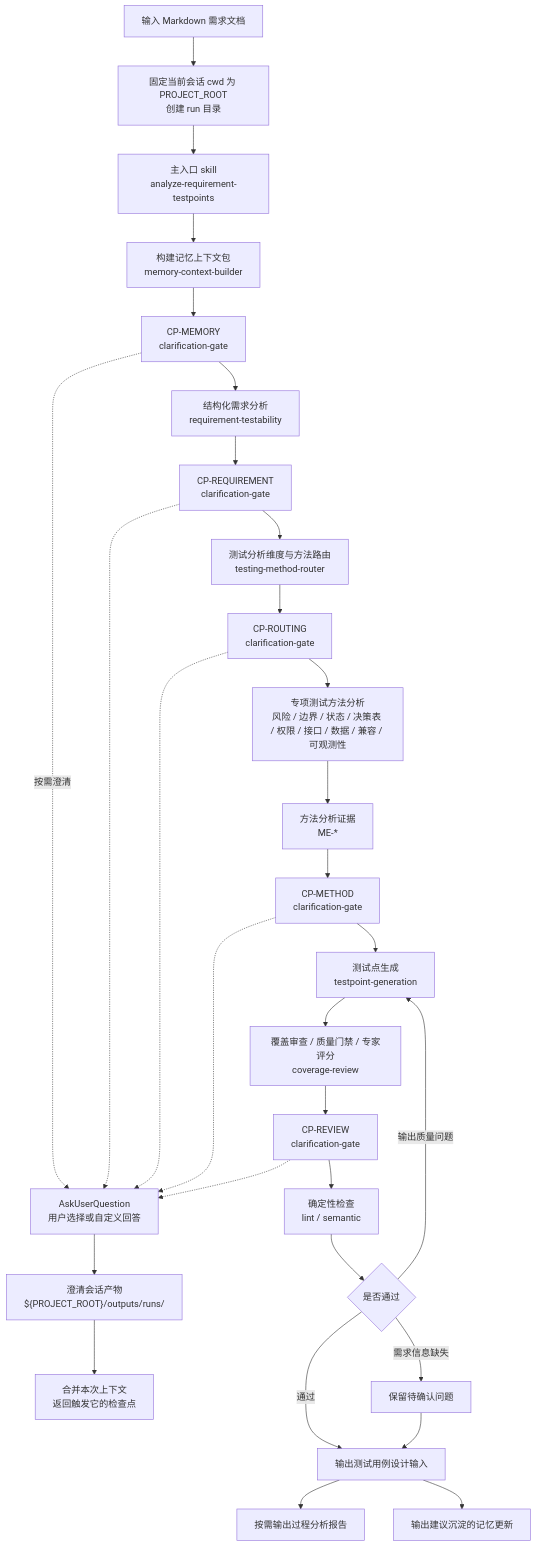
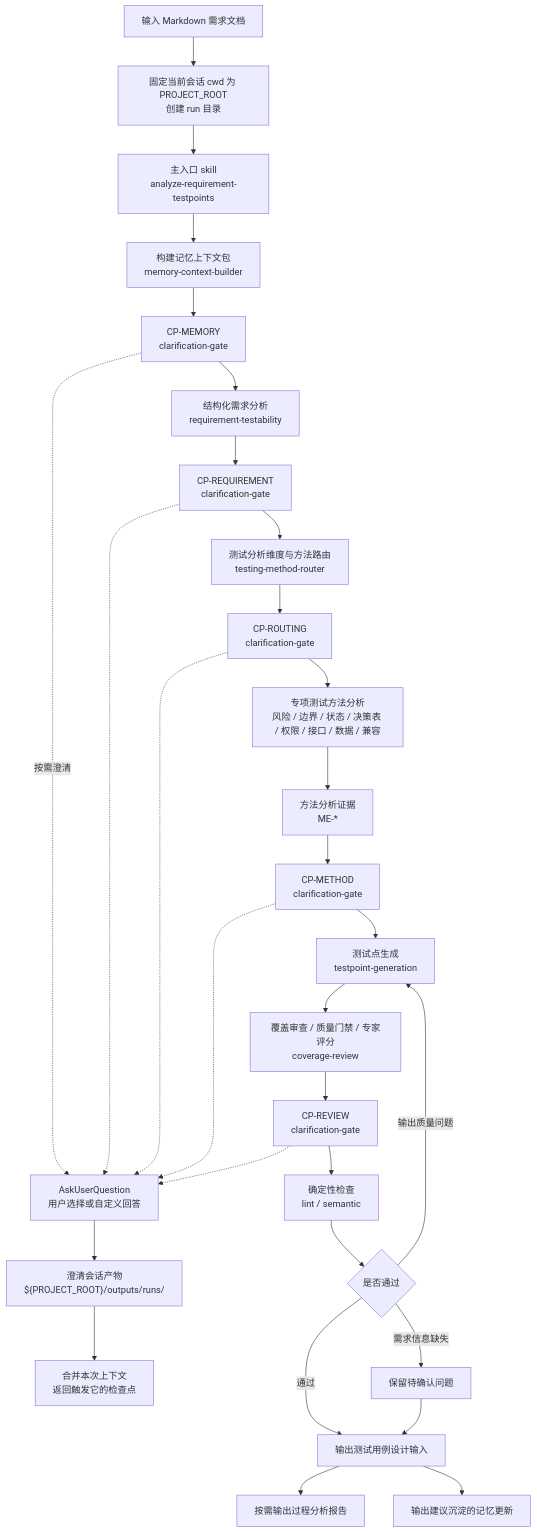
The third of 8 diagrams in docs/test-analysis-agent-design.md (szluoqy-byte/Test-Analysis-Agent), drawn with Mermaid before and after one commit. The commit also changed other lines of this file and 41 other files, not shown here.

````diff
--- a/docs/test-analysis-agent-design.md
+++ b/docs/test-analysis-agent-design.md
@@ -187,32 +187,32 @@
 ```mermaid
 flowchart TD
   A["输入 Markdown 需求文档"] --> PR["固定当前会话 cwd 为 PROJECT_ROOT\n创建 run 目录"]
   PR --> B["主入口 skill\nanalyze-requirement-testpoints"]
   B --> C["构建记忆上下文包\nmemory-context-builder"]
   C --> C1["CP-MEMORY\nclarification-gate"]
   C1 --> D["结构化需求分析\nrequirement-testability"]
   D --> C2["CP-REQUIREMENT\nclarification-gate"]
   C2 --> E["测试分析维度与方法路由\ntesting-method-router"]
   E --> C3["CP-ROUTING\nclarification-gate"]
-  C3 --> F["专项测试方法分析\n风险 / 边界 / 状态 / 决策表 / 权限 / 接口 / 数据 / 兼容 / 可观测性"]
+  C3 --> F["专项测试方法分析\n风险 / 边界 / 状态 / 决策表 / 权限 / 接口 / 数据 / 兼容"]
   F --> EV["方法分析证据\nME-*"]
   EV --> C4["CP-METHOD\nclarification-gate"]
   C4 --> G["测试点生成\ntestpoint-generation"]
   G --> H["覆盖审查 / 质量门禁 / 专家评分\ncoverage-review"]
   H --> C5["CP-REVIEW\nclarification-gate"]
   C1 -. 按需澄清 .-> AUQ["AskUserQuestion\n用户选择或自定义回答"]
   C2 -.-> AUQ
   C3 -.-> AUQ
   C4 -.-> AUQ
   C5 -.-> AUQ
   AUQ --> CS["澄清会话产物\n${PROJECT_ROOT}/outputs/runs/<run-id>"]
   CS --> Resume["合并本次上下文\n返回触发它的检查点"]
   C5 --> J["确定性检查\nlint / semantic"]
   J --> K{"是否通过"}
   K -- "通过" --> L["输出测试用例设计输入"]
   K -- "输出质量问题" --> G
   K -- "需求信息缺失" --> M["保留待确认问题"]
   M --> L
   L --> RPT["按需输出过程分析报告"]
   L --> N["输出建议沉淀的记忆更新"]
 ```
````
